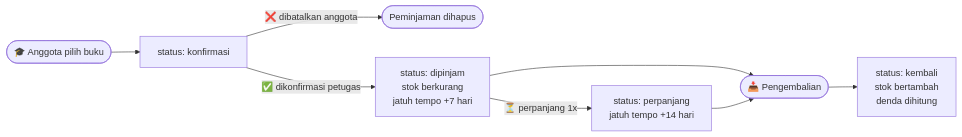
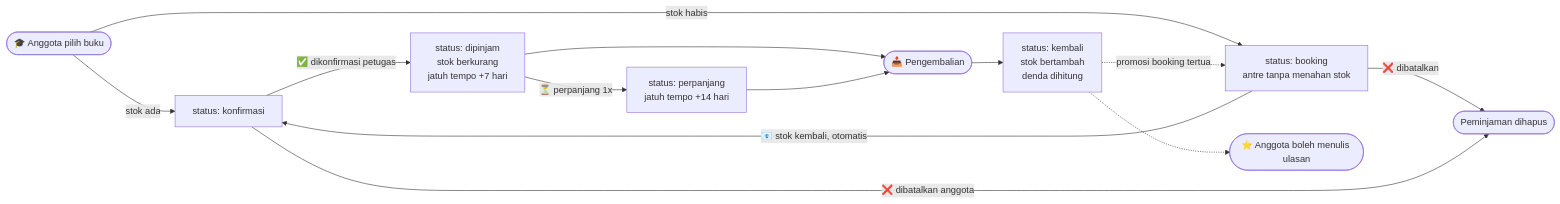
One commit to Almasyriqi/Laravel_Web_Perpustakaan changed the second of 2 diagrams in README.md. Above: the diagram before and after it, drawn with Mermaid. The commit also changed other lines of this file and 25 other files, not shown here.

First line of the commit message:
feat: rating & ulasan buku + booking buku yang stoknya habis

````diff
--- a/README.md
+++ b/README.md
@@ -226,10 +240,15 @@
 ```mermaid
 flowchart LR
-    A([🎓 Anggota pilih buku]) --> B[status: konfirmasi]
-    B -->|❌ dibatalkan anggota| X([Peminjaman dihapus])
+    A([🎓 Anggota pilih buku]) -->|stok ada| B[status: konfirmasi]
+    A -->|stok habis| K[status: booking<br/>antre tanpa menahan stok]
+    K -->|📧 stok kembali, otomatis| B
+    K -->|❌ dibatalkan| X([Peminjaman dihapus])
+    B -->|❌ dibatalkan anggota| X
     B -->|✅ dikonfirmasi petugas| C[status: dipinjam<br/>stok berkurang<br/>jatuh tempo +7 hari]
     C -->|⏳ perpanjang 1x| D[status: perpanjang<br/>jatuh tempo +14 hari]
     C --> E([📥 Pengembalian])
     D --> E
     E --> F[status: kembali<br/>stok bertambah<br/>denda dihitung]
+    F -.->|promosi booking tertua| K
+    F -.-> G([⭐ Anggota boleh menulis ulasan])
 ```
````
